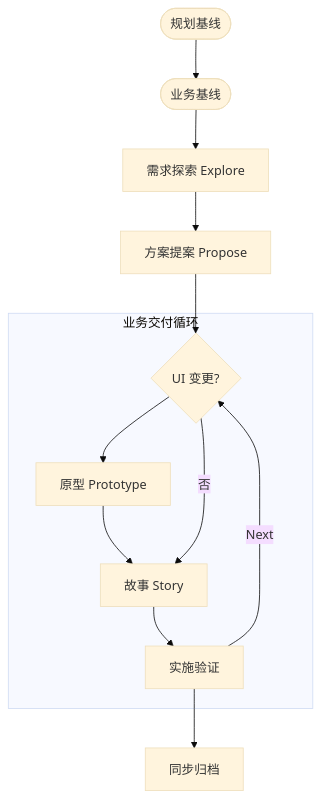
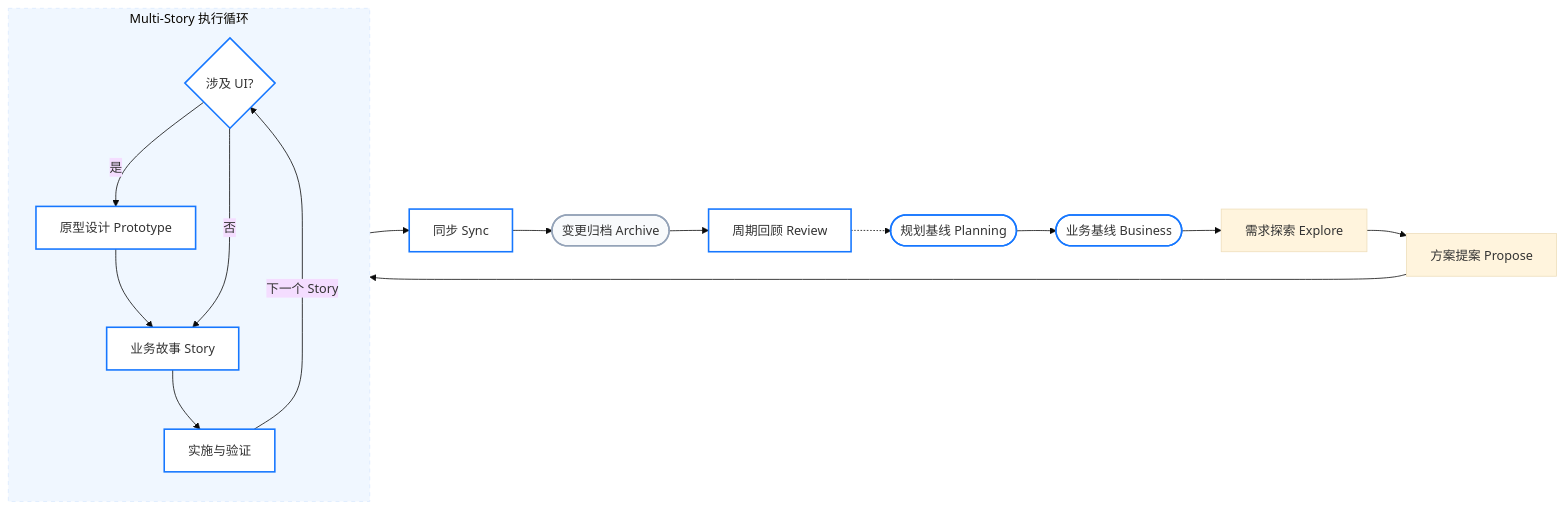
The second of 3 diagrams in learning-sdd/TALK_PRD_TO_SPECS.md (jkang/openspec-example), drawn with Mermaid (base theme) before and after one commit. The commit also changed other lines of this file and 1 other file, not shown here.

Commit message:
update flow

````diff
--- a/learning-sdd/TALK_PRD_TO_SPECS.md
+++ b/learning-sdd/TALK_PRD_TO_SPECS.md
@@ -60,13 +66,36 @@
 ```mermaid
-flowchart TD
-    A([规划基线]) --> B([业务基线])
+flowchart LR
+    A([规划基线 Planning]) --> B([业务基线 Business])
     B --> C[需求探索 Explore]
     C --> D[方案提案 Propose]
-    subgraph Loop [业务交付循环]
-        E{UI 变更?} --> F[原型 Prototype] --> G[故事 Story] --> H[实施验证]
-        E -- 否 --> G
-        H -- Next --> E
+    
+    subgraph MultiStoryLoop [Multi-Story 执行循环]
+        direction TB
+        E{涉及 UI?}
+        F[原型设计 Prototype]
+        G[业务故事 Story]
+        H[实施与验证]
     end
+    
     D --> E
-    H --> I[同步归档]
+    E -- 是 --> F --> G
+    E -- 否 --> G
+    G --> H
+    H -- 下一个 Story --> E
+    
+    H --> I[同步 Sync]
+    I --> J([变更归档 Archive])
+    J --> K[周期回顾 Review]
+    K -.-> A
+
+    style A fill:#fff,stroke:#1677ff,stroke-width:2px
+    style B fill:#fff,stroke:#1677ff,stroke-width:2px
+    style MultiStoryLoop fill:#f0f7ff,stroke:#dbeafe,stroke-dasharray: 5 5
+    style E fill:#fff,stroke:#1677ff,stroke-width:2px
+    style F fill:#fff,stroke:#1677ff,stroke-width:2px
+    style G fill:#fff,stroke:#1677ff,stroke-width:2px
+    style H fill:#fff,stroke:#1677ff,stroke-width:2px
+    style I fill:#fff,stroke:#1677ff,stroke-width:2px
+    style J fill:#f8fafc,stroke:#94a3b8,stroke-width:2px
+    style K fill:#fff,stroke:#1677ff,stroke-width:2px
 ```
````
